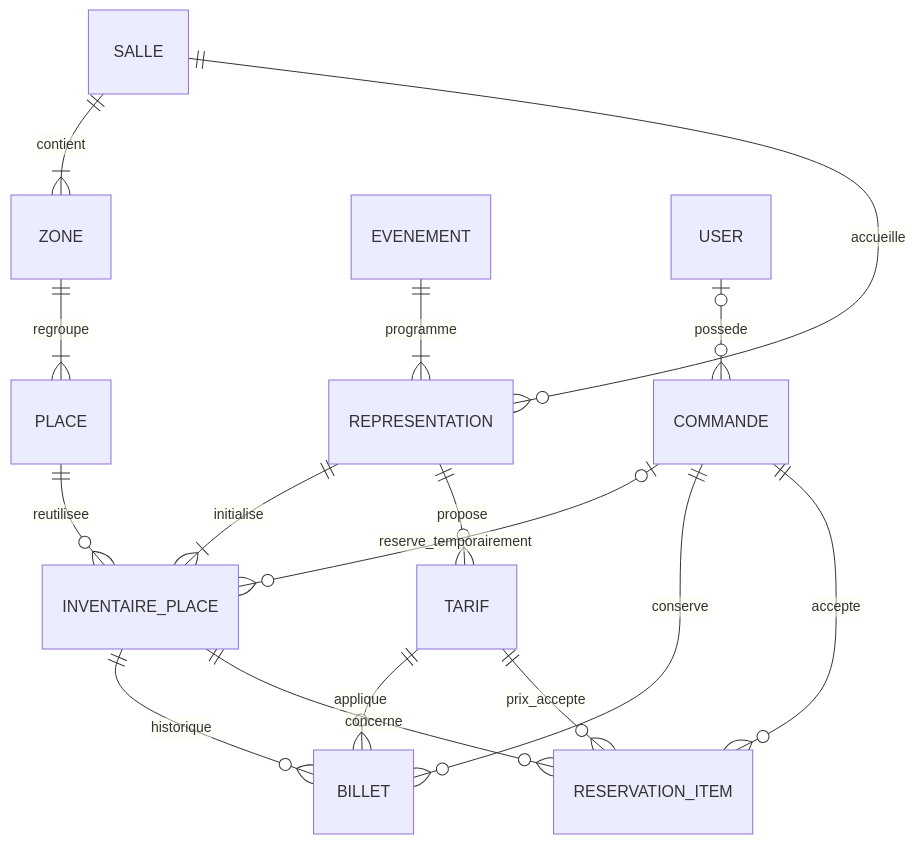
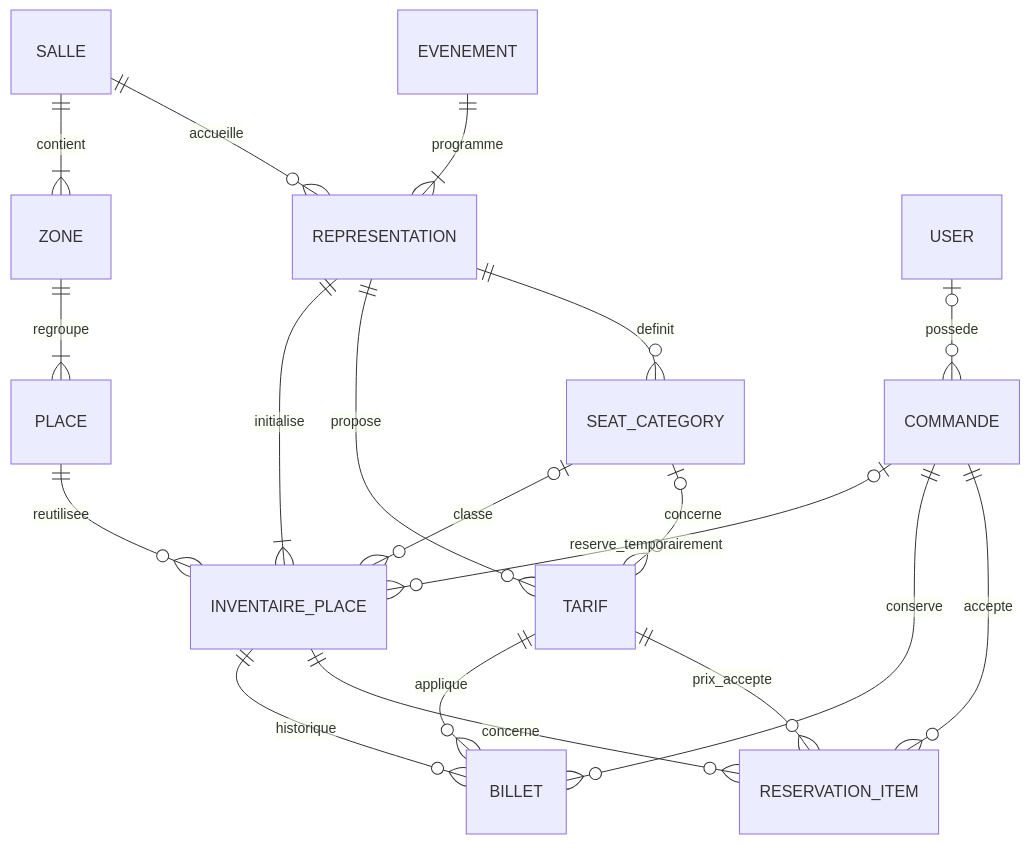
The first of 2 diagrams in docs/MODELE.md (abdelhak-kadir/Billetterie-Platform), drawn with Mermaid before and after one commit. The commit also changed other lines of this file and 10 other files, not shown here.

Commit message:
docs: explain event setup and verified seat-category journeys

````diff
--- a/docs/MODELE.md
+++ b/docs/MODELE.md
@@ -89,18 +90,21 @@
 ```mermaid
 erDiagram
     SALLE ||--|{ ZONE : contient
     ZONE ||--|{ PLACE : regroupe
     SALLE ||--o{ REPRESENTATION : accueille
     EVENEMENT ||--|{ REPRESENTATION : programme
     REPRESENTATION ||--|{ INVENTAIRE_PLACE : initialise
     PLACE ||--o{ INVENTAIRE_PLACE : reutilisee
     REPRESENTATION ||--o{ TARIF : propose
+    REPRESENTATION ||--o{ SEAT_CATEGORY : definit
+    SEAT_CATEGORY o|--o{ INVENTAIRE_PLACE : classe
+    SEAT_CATEGORY o|--o{ TARIF : concerne
     COMMANDE o|--o{ INVENTAIRE_PLACE : reserve_temporairement
     COMMANDE ||--o{ BILLET : conserve
     INVENTAIRE_PLACE ||--o{ BILLET : historique
     TARIF ||--o{ BILLET : applique
     USER o|--o{ COMMANDE : possede
     COMMANDE ||--o{ RESERVATION_ITEM : accepte
     INVENTAIRE_PLACE ||--o{ RESERVATION_ITEM : concerne
     TARIF ||--o{ RESERVATION_ITEM : prix_accepte
 ```
````
